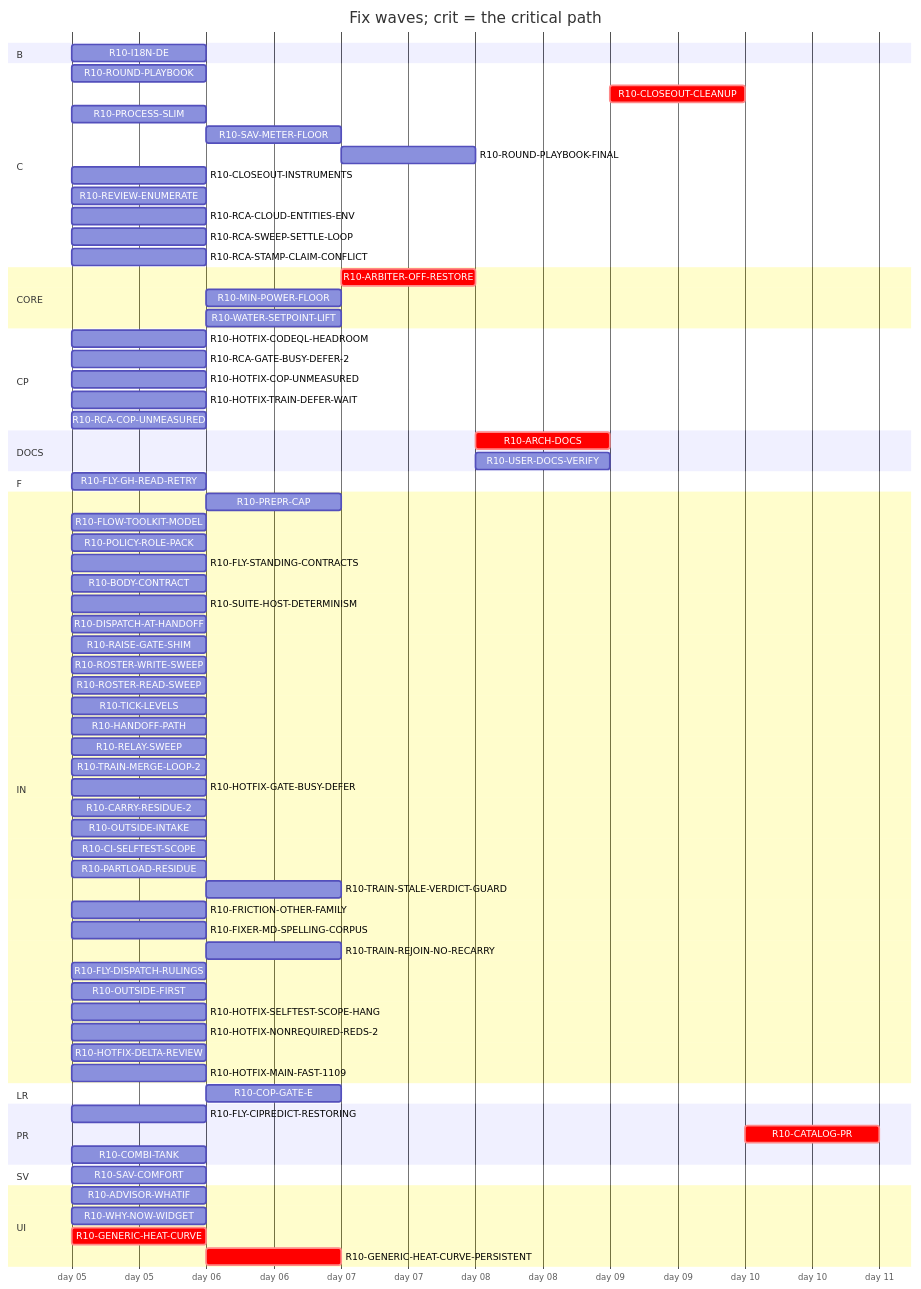
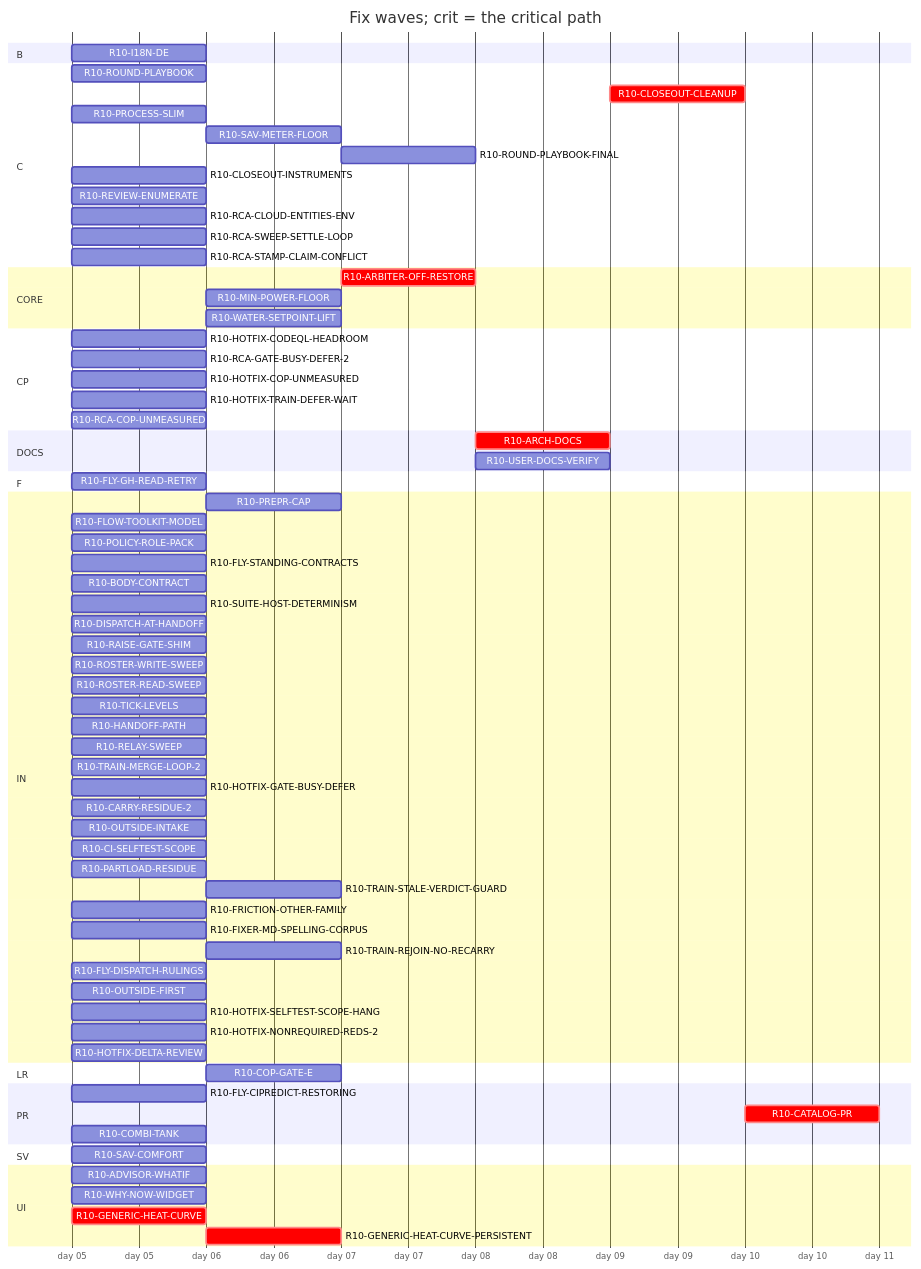
The diagram in handoff/round10/state/PLAN-TABLE.md (tvofi/heatpump_optimizer), drawn with Mermaid before and after one commit. The commit also changed other lines of this file and 3 other files, not shown here.

Commit message:
state: FLOW-BOARD.md, NEXT-SESSION-PROMPT.md, PLAN-TABLE.md, RESUME-CURRENT.md regenerated (state_docs.py)

````diff
--- a/handoff/round10/state/PLAN-TABLE.md
+++ b/handoff/round10/state/PLAN-TABLE.md
@@ -24,77 +24,76 @@
 ```mermaid
 gantt
   title Fix waves; crit = the critical path
   dateFormat YYYY-MM-DD
   axisFormat day %d
   section B
     R10-I18N-DE :r10I18NDE, 2026-01-05, 1d
   section C
     R10-ROUND-PLAYBOOK :r10ROUNDPLAYBOOK, 2026-01-05, 1d
     R10-CLOSEOUT-CLEANUP :crit, r10CLOSEOUTCLEANUP, after r10ARCHDOCS r10USERDOCSVERIFY r10ROUNDPLAYBOOKFINAL r10CLOSEOUTINSTRUMENTS r10RCAGATEBUSYDEFER2 r10RCACOPUNMEASURED r10FRICTIONOTHERFAMILY, 1d
     R10-PROCESS-SLIM :r10PROCESSSLIM, 2026-01-05, 1d
     R10-SAV-METER-FLOOR :r10SAVMETERFLOOR, after r10SAVCOMFORT, 1d
-    R10-ROUND-PLAYBOOK-FINAL :r10ROUNDPLAYBOOKFINAL, after r10PREPRCAP r10HANDOFFPATH r10RELAYSWEEP r10DISPATCHATHANDOFF r10BODYCONTRACT r10TICKLEVELS r10ROSTERWRITESWEEP r10ROSTERREADSWEEP r10FLYSTANDINGCONTRACTS r10POLICYROLEPACK r10FLOWTOOLKITMODEL r10FLYCIPREDICTRESTORING r10RAISEGATESHIM r10FLYGHREADRETRY r10SUITEHOSTDETERMINISM r10ROUNDPLAYBOOK r10PROCESSSLIM r10TRAINMERGELOOP2 r10HOTFIXGATEBUSYDEFER r10CARRYRESIDUE2 r10HOTFIXCODEQLHEADROOM r10OUTSIDEINTAKE r10HOTFIXTRAINDEFERWAIT r10CISELFTESTSCOPE r10TRAINSTALEVERDICTGUARD r10CLOSEOUTINSTRUMENTS r10FRICTIONOTHERFAMILY r10FIXERMDSPELLINGCORPUS, 1d
+    R10-ROUND-PLAYBOOK-FINAL :r10ROUNDPLAYBOOKFINAL, after r10PREPRCAP r10HANDOFFPATH r10RELAYSWEEP r10DISPATCHATHANDOFF r10BODYCONTRACT r10TICKLEVELS r10ROSTERWRITESWEEP r10ROSTERREADSWEEP r10FLYSTANDINGCONTRACTS r10POLICYROLEPACK r10FLOWTOOLKITMODEL r10FLYCIPREDICTRESTORING r10RAISEGATESHIM r10FLYGHREADRETRY r10SUITEHOSTDETERMINISM r10ROUNDPLAYBOOK r10PROCESSSLIM r10TRAINMERGELOOP2 r10CARRYRESIDUE2 r10HOTFIXCODEQLHEADROOM r10OUTSIDEINTAKE r10HOTFIXTRAINDEFERWAIT r10CISELFTESTSCOPE r10TRAINSTALEVERDICTGUARD r10CLOSEOUTINSTRUMENTS r10FRICTIONOTHERFAMILY r10FIXERMDSPELLINGCORPUS, 1d
     R10-CLOSEOUT-INSTRUMENTS :r10CLOSEOUTINSTRUMENTS, 2026-01-05, 1d
     R10-REVIEW-ENUMERATE :r10REVIEWENUMERATE, 2026-01-05, 1d
     R10-RCA-CLOUD-ENTITIES-ENV :r10RCACLOUDENTITIESENV, 2026-01-05, 1d
     R10-RCA-SWEEP-SETTLE-LOOP :r10RCASWEEPSETTLELOOP, 2026-01-05, 1d
     R10-RCA-STAMP-CLAIM-CONFLICT :r10RCASTAMPCLAIMCONFLICT, 2026-01-05, 1d
   section CORE
     R10-ARBITER-OFF-RESTORE :crit, r10ARBITEROFFRESTORE, after r10GENERICHEATCURVE r10GENERICHEATCURVEPERSISTENT r10WATERSETPOINTLIFT, 1d
     R10-MIN-POWER-FLOOR :r10MINPOWERFLOOR, after r10HOTFIXCOPUNMEASURED r10GENERICHEATCURVE, 1d
     R10-WATER-SETPOINT-LIFT :r10WATERSETPOINTLIFT, after r10GENERICHEATCURVE, 1d
   section CP
     R10-HOTFIX-CODEQL-HEADROOM :r10HOTFIXCODEQLHEADROOM, 2026-01-05, 1d
     R10-RCA-GATE-BUSY-DEFER-2 :r10RCAGATEBUSYDEFER2, 2026-01-05, 1d
     R10-HOTFIX-COP-UNMEASURED :r10HOTFIXCOPUNMEASURED, 2026-01-05, 1d
     R10-HOTFIX-TRAIN-DEFER-WAIT :r10HOTFIXTRAINDEFERWAIT, 2026-01-05, 1d
     R10-RCA-COP-UNMEASURED :r10RCACOPUNMEASURED, 2026-01-05, 1d
   section DOCS
-    R10-ARCH-DOCS :crit, r10ARCHDOCS, after r10SAVCOMFORT r10WHYNOWWIDGET r10ADVISORWHATIF r10PREPRCAP r10HANDOFFPATH r10RELAYSWEEP r10DISPATCHATHANDOFF r10BODYCONTRACT r10TICKLEVELS r10ROSTERWRITESWEEP r10ROSTERREADSWEEP r10FLYSTANDINGCONTRACTS r10POLICYROLEPACK r10FLOWTOOLKITMODEL r10FLYCIPREDICTRESTORING r10RAISEGATESHIM r10FLYGHREADRETRY r10SUITEHOSTDETERMINISM r10PROCESSSLIM r10SAVMETERFLOOR r10HOTFIXCOPUNMEASURED r10COPGATEE r10PARTLOADRESIDUE r10I18NDE r10GENERICHEATCURVE r10GENERICHEATCURVEPERSISTENT r10ARBITEROFFRESTORE r10TRAINMERGELOOP2 r10HOTFIXGATEBUSYDEFER r10CARRYRESIDUE2 r10HOTFIXCODEQLHEADROOM r10OUTSIDEINTAKE r10HOTFIXTRAINDEFERWAIT r10CISELFTESTSCOPE r10TRAINSTALEVERDICTGUARD r10COMBITANK r10CLOSEOUTINSTRUMENTS r10MINPOWERFLOOR r10ROUNDPLAYBOOK r10RCAGATEBUSYDEFER2 r10FRICTIONOTHERFAMILY r10RCACOPUNMEASURED, 1d
+    R10-ARCH-DOCS :crit, r10ARCHDOCS, after r10SAVCOMFORT r10WHYNOWWIDGET r10ADVISORWHATIF r10PREPRCAP r10HANDOFFPATH r10RELAYSWEEP r10DISPATCHATHANDOFF r10BODYCONTRACT r10TICKLEVELS r10ROSTERWRITESWEEP r10ROSTERREADSWEEP r10FLYSTANDINGCONTRACTS r10POLICYROLEPACK r10FLOWTOOLKITMODEL r10FLYCIPREDICTRESTORING r10RAISEGATESHIM r10FLYGHREADRETRY r10SUITEHOSTDETERMINISM r10PROCESSSLIM r10SAVMETERFLOOR r10HOTFIXCOPUNMEASURED r10COPGATEE r10PARTLOADRESIDUE r10I18NDE r10GENERICHEATCURVE r10GENERICHEATCURVEPERSISTENT r10ARBITEROFFRESTORE r10TRAINMERGELOOP2 r10CARRYRESIDUE2 r10HOTFIXCODEQLHEADROOM r10OUTSIDEINTAKE r10HOTFIXTRAINDEFERWAIT r10CISELFTESTSCOPE r10TRAINSTALEVERDICTGUARD r10COMBITANK r10CLOSEOUTINSTRUMENTS r10MINPOWERFLOOR r10ROUNDPLAYBOOK r10RCAGATEBUSYDEFER2 r10FRICTIONOTHERFAMILY r10RCACOPUNMEASURED, 1d
     R10-USER-DOCS-VERIFY :r10USERDOCSVERIFY, after r10SAVCOMFORT r10WHYNOWWIDGET r10ADVISORWHATIF r10SAVMETERFLOOR r10HOTFIXCOPUNMEASURED r10COPGATEE r10PARTLOADRESIDUE r10I18NDE r10GENERICHEATCURVE r10GENERICHEATCURVEPERSISTENT r10ARBITEROFFRESTORE r10COMBITANK r10MINPOWERFLOOR, 1d
   section F
     R10-FLY-GH-READ-RETRY :r10FLYGHREADRETRY, 2026-01-05, 1d
   section IN
     R10-PREPR-CAP :r10PREPRCAP, after r10PROCESSSLIM, 1d
     R10-FLOW-TOOLKIT-MODEL :r10FLOWTOOLKITMODEL, 2026-01-05, 1d
     R10-POLICY-ROLE-PACK :r10POLICYROLEPACK, 2026-01-05, 1d
     R10-FLY-STANDING-CONTRACTS :r10FLYSTANDINGCONTRACTS, 2026-01-05, 1d
     R10-BODY-CONTRACT :r10BODYCONTRACT, 2026-01-05, 1d
     R10-SUITE-HOST-DETERMINISM :r10SUITEHOSTDETERMINISM, 2026-01-05, 1d
     R10-DISPATCH-AT-HANDOFF :r10DISPATCHATHANDOFF, 2026-01-05, 1d
     R10-RAISE-GATE-SHIM :r10RAISEGATESHIM, 2026-01-05, 1d
     R10-ROSTER-WRITE-SWEEP :r10ROSTERWRITESWEEP, 2026-01-05, 1d
     R10-ROSTER-READ-SWEEP :r10ROSTERREADSWEEP, 2026-01-05, 1d
     R10-TICK-LEVELS :r10TICKLEVELS, 2026-01-05, 1d
     R10-HANDOFF-PATH :r10HANDOFFPATH, 2026-01-05, 1d
     R10-RELAY-SWEEP :r10RELAYSWEEP, 2026-01-05, 1d
     R10-TRAIN-MERGE-LOOP-2 :r10TRAINMERGELOOP2, 2026-01-05, 1d
     R10-HOTFIX-GATE-BUSY-DEFER :r10HOTFIXGATEBUSYDEFER, 2026-01-05, 1d
     R10-CARRY-RESIDUE-2 :r10CARRYRESIDUE2, 2026-01-05, 1d
     R10-OUTSIDE-INTAKE :r10OUTSIDEINTAKE, 2026-01-05, 1d
     R10-CI-SELFTEST-SCOPE :r10CISELFTESTSCOPE, 2026-01-05, 1d
     R10-PARTLOAD-RESIDUE :r10PARTLOADRESIDUE, 2026-01-05, 1d
     R10-TRAIN-STALE-VERDICT-GUARD :r10TRAINSTALEVERDICTGUARD, after r10TRAINMERGELOOP2, 1d
     R10-FRICTION-OTHER-FAMILY :r10FRICTIONOTHERFAMILY, 2026-01-05, 1d
     R10-FIXER-MD-SPELLING-CORPUS :r10FIXERMDSPELLINGCORPUS, 2026-01-05, 1d
     R10-TRAIN-REJOIN-NO-RECARRY :r10TRAINREJOINNORECARRY, after r10HOTFIXTRAINDEFERWAIT r10TRAINMERGELOOP2, 1d
     R10-FLY-DISPATCH-RULINGS :r10FLYDISPATCHRULINGS, 2026-01-05, 1d
     R10-OUTSIDE-FIRST :r10OUTSIDEFIRST, 2026-01-05, 1d
     R10-HOTFIX-SELFTEST-SCOPE-HANG :r10HOTFIXSELFTESTSCOPEHANG, 2026-01-05, 1d
     R10-HOTFIX-NONREQUIRED-REDS-2 :r10HOTFIXNONREQUIREDREDS2, 2026-01-05, 1d
     R10-HOTFIX-DELTA-REVIEW :r10HOTFIXDELTAREVIEW, 2026-01-05, 1d
-    R10-HOTFIX-MAIN-FAST-1109 :r10HOTFIXMAINFAST1109, 2026-01-05, 1d
   section LR
     R10-COP-GATE-E :r10COPGATEE, after r10HOTFIXCOPUNMEASURED, 1d
   section PR
     R10-FLY-CIPREDICT-RESTORING :r10FLYCIPREDICTRESTORING, 2026-01-05, 1d
     R10-CATALOG-PR :crit, r10CATALOGPR, after r10USERDOCSVERIFY r10ARCHDOCS r10ROUNDPLAYBOOKFINAL r10CLOSEOUTCLEANUP, 1d
     R10-COMBI-TANK :r10COMBITANK, 2026-01-05, 1d
   section SV
     R10-SAV-COMFORT :r10SAVCOMFORT, 2026-01-05, 1d
   section UI
     R10-ADVISOR-WHATIF :r10ADVISORWHATIF, 2026-01-05, 1d
     R10-WHY-NOW-WIDGET :r10WHYNOWWIDGET, 2026-01-05, 1d
     R10-GENERIC-HEAT-CURVE :crit, r10GENERICHEATCURVE, 2026-01-05, 1d
     R10-GENERIC-HEAT-CURVE-PERSISTENT :crit, r10GENERICHEATCURVEPERSISTENT, after r10GENERICHEATCURVE, 1d
 ```
````
